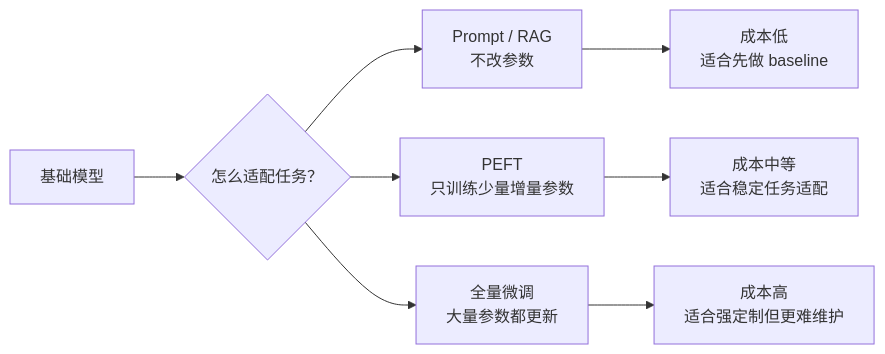
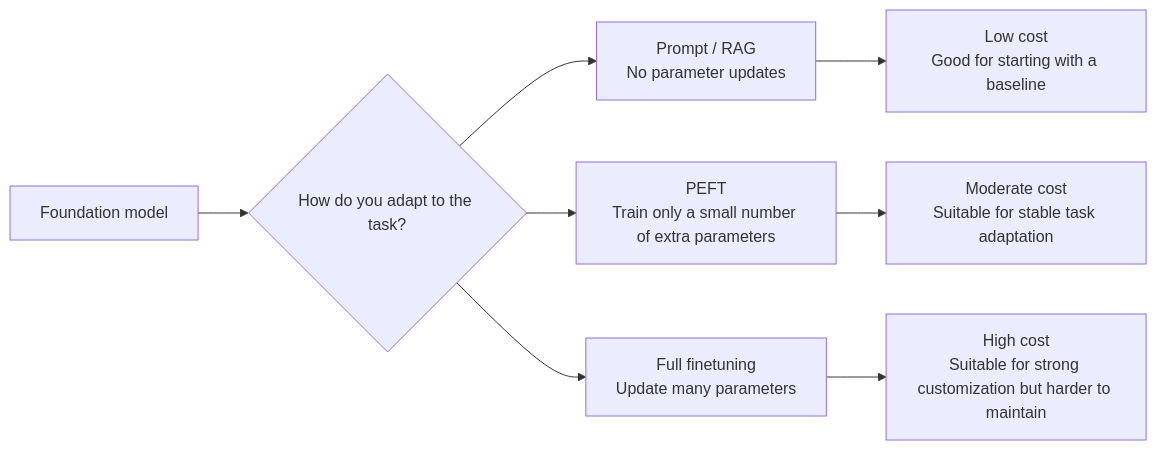
Before and after one commit to oudbiao/AI-fullstack-course: the second of 2 diagrams in docs/ch07-llm-principles/ch06-finetuning/01-finetuning-overview.md, drawn with Mermaid. The commit also changed other lines of this file and 1406 other files, not shown here.

````diff
--- a/docs/ch07-llm-principles/ch06-finetuning/01-finetuning-overview.md
+++ b/docs/ch07-llm-principles/ch06-finetuning/01-finetuning-overview.md
@@ -208,11 +208,11 @@
 ```mermaid
 flowchart LR
-    A["基础模型"] --> B{"怎么适配任务？"}
-    B --> C["Prompt / RAG<br/>不改参数"]
-    B --> D["PEFT<br/>只训练少量增量参数"]
-    B --> E["全量微调<br/>大量参数都更新"]
+    A["Foundation model"] --> B{"How do you adapt to the task?"}
+    B --> C["Prompt / RAG<br/>No parameter updates"]
+    B --> D["PEFT<br/>Train only a small number of extra parameters"]
+    B --> E["Full finetuning<br/>Update many parameters"]
 
-    C --> C1["成本低<br/>适合先做 baseline"]
-    D --> D1["成本中等<br/>适合稳定任务适配"]
-    E --> E1["成本高<br/>适合强定制但更难维护"]
+    C --> C1["Low cost<br/>Good for starting with a baseline"]
+    D --> D1["Moderate cost<br/>Suitable for stable task adaptation"]
+    E --> E1["High cost<br/>Suitable for strong customization but harder to maintain"]
 ```
````
